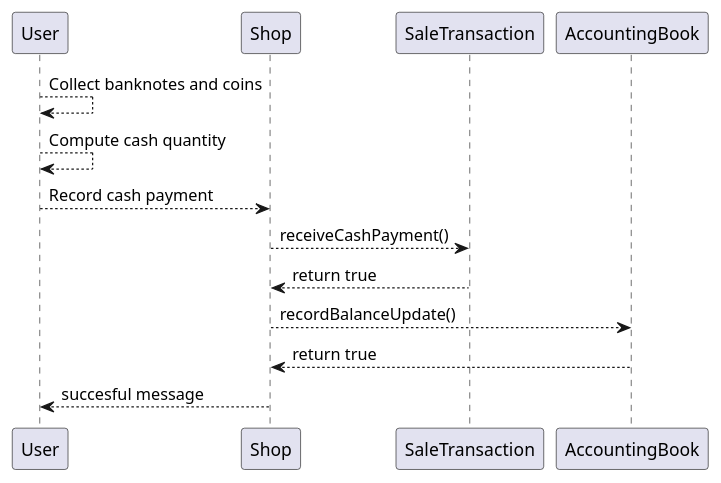
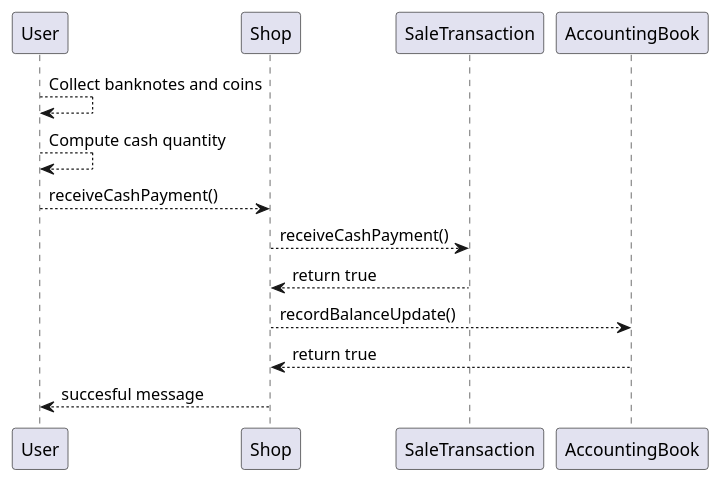
Diagram 12 of 12 in Deliverables/DesignDocument.md (Stormz4/group20-EzShop), drawn with PlantUML before and after one commit. The commit also changed other lines of this file, not shown here.

Commit message:
Docs: Design Doc - Add Readers (Package Diagram + Class Diagram), fixed Seq Diag for UC7

````diff
--- a/Deliverables/DesignDocument.md
+++ b/Deliverables/DesignDocument.md
@@ -429,12 +507,12 @@
 ```plantuml
 @startuml
 User --> User: Collect banknotes and coins
 User --> User: Compute cash quantity
-User --> Shop: Record cash payment
+User --> Shop: receiveCashPayment() 
 Shop --> SaleTransaction: receiveCashPayment()
 SaleTransaction --> Shop: return true
 Shop --> AccountingBook: recordBalanceUpdate()
 AccountingBook --> Shop: return true
 Shop --> User : succesful message
 @enduml
 ```
````
